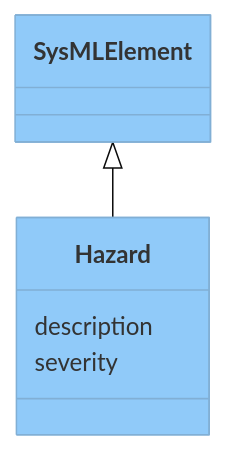
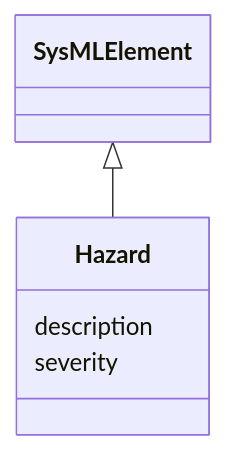
Before and after one commit to MelkorBalrog/AutoSafeguard-Analyzer: diagram 12 of 29 in README.md, drawn with Mermaid. The commit also changed other lines of this file and 1 other file, not shown here.

Commit message:
Revert "Improve diagram styling"

````diff
--- a/README.md
+++ b/README.md
@@ -593,9 +582,8 @@
 ```mermaid
-%%{init: {"theme": "base", "themeVariables": {"primaryColor": "#90CAF9", "secondaryColor": "#ECEFF1", "edgeLabelBackground": "#ffffff", "fontFamily": "Helvetica,Arial,sans-serif"}} }%%
 classDiagram
     class Hazard {
         description
         severity
     }
     SysMLElement <|-- Hazard
 ```
````
